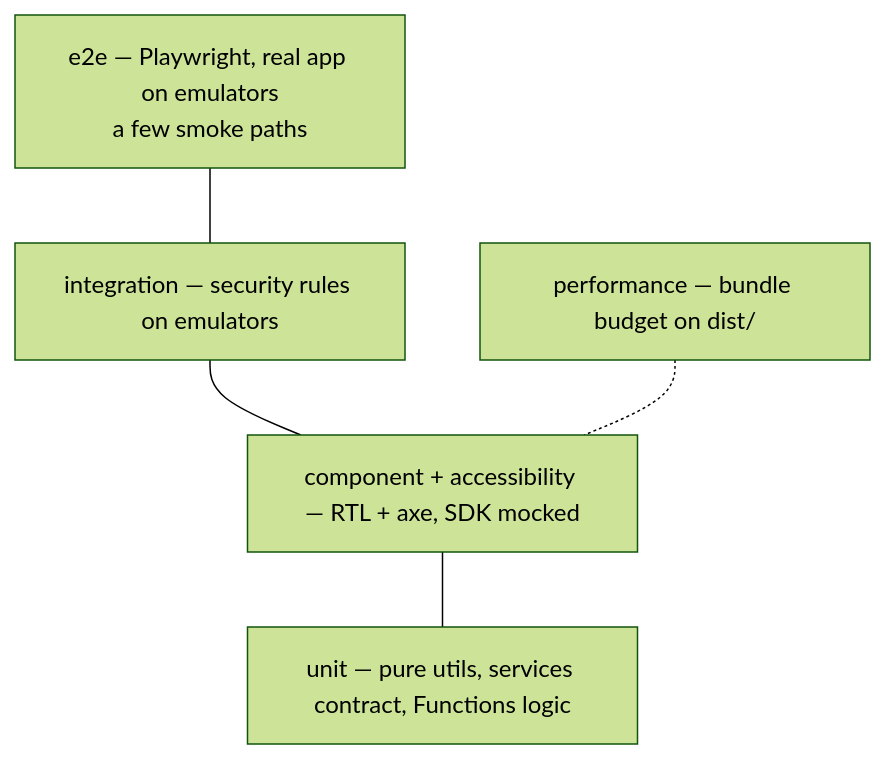
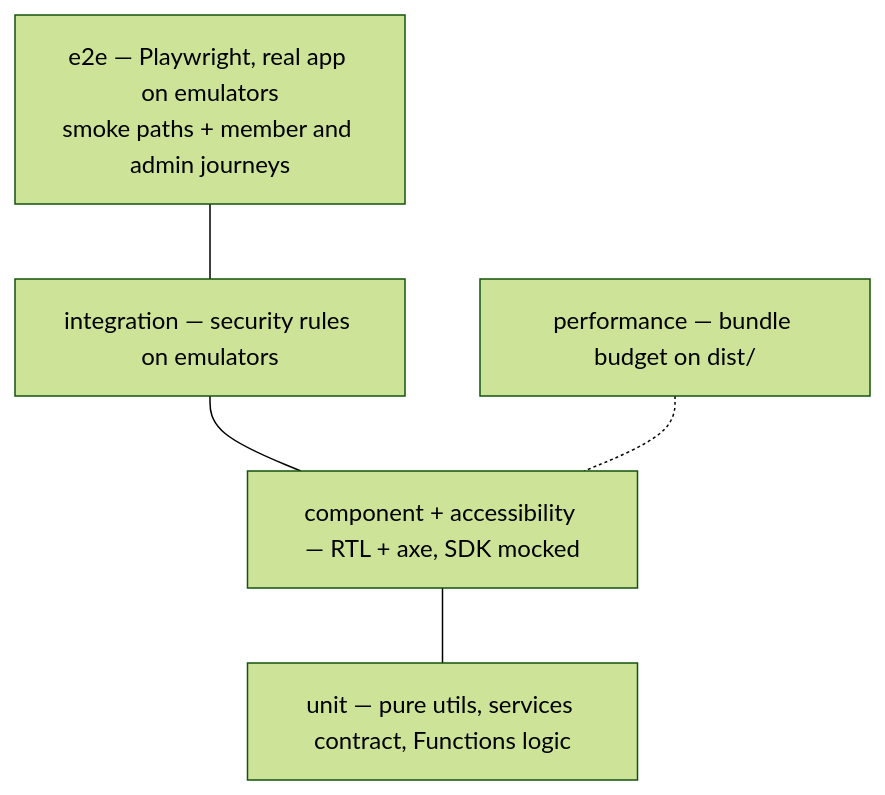
The diagram in docs/guides/TESTING.md (Oweeboi011/mms-open-climbs), drawn with Mermaid (forest theme) before and after one commit. The commit also changed other lines of this file and 3 other files, not shown here.

````diff
--- a/docs/guides/TESTING.md
+++ b/docs/guides/TESTING.md
@@ -8,10 +8,10 @@
 ```mermaid
 flowchart TB
-    e2e["e2e — Playwright, real app on emulators<br/>a few smoke paths"]
+    e2e["e2e — Playwright, real app on emulators<br/>smoke paths + member and admin journeys"]
     integ["integration — security rules on emulators"]
     comp["component + accessibility — RTL + axe, SDK mocked"]
     unit["unit — pure utils, services contract, Functions logic"]
     perf["performance — bundle budget on dist/"]
     e2e --- integ --- comp --- unit
     perf -.- comp
 ```
````
